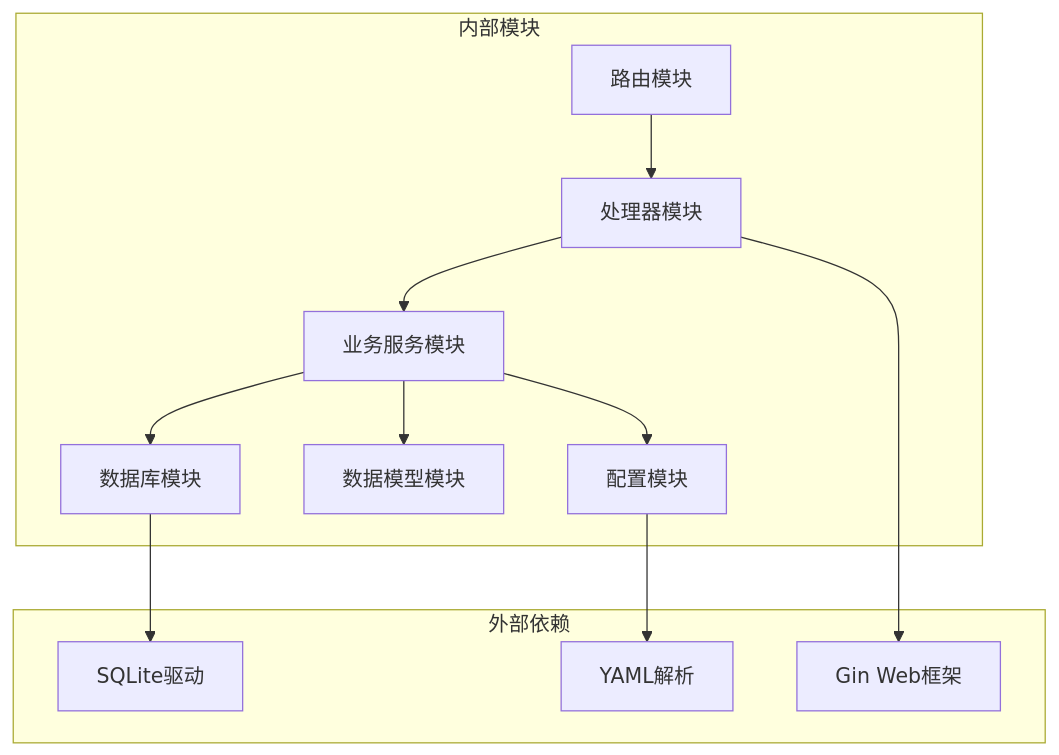
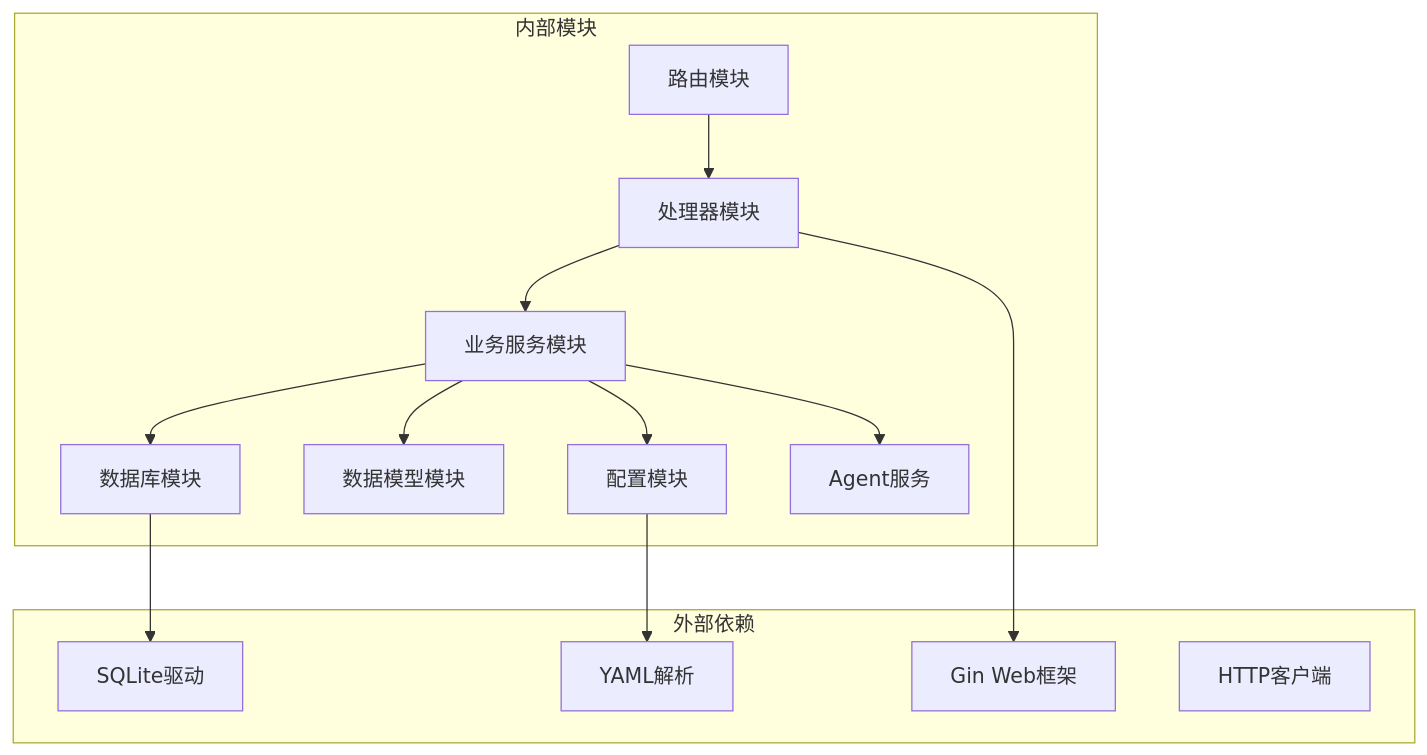
The tenth of 10 diagrams in .qoder/repowiki/zh/content/核心业务模块/Slave节点管理系统/Slave节点生命周期管理.md (Liyuhao02/Jmeter-Admin), drawn with Mermaid before and after one commit. The commit also changed other lines of this file and 34 other files, not shown here.

````diff
--- a/.qoder/repowiki/zh/content/核心业务模块/Slave节点管理系统/Slave节点生命周期管理.md
+++ b/.qoder/repowiki/zh/content/核心业务模块/Slave节点管理系统/Slave节点生命周期管理.md
@@ -355,24 +435,27 @@
 ```mermaid
 graph TB
 subgraph "外部依赖"
 Gin[Gin Web框架]
 SQLite[SQLite驱动]
 YAML[YAML解析]
+HTTP[HTTP客户端]
 end
 subgraph "内部模块"
 Router[路由模块]
 Handler[处理器模块]
 Service[业务服务模块]
 Model[数据模型模块]
 DB[数据库模块]
 Config[配置模块]
+Agent[Agent服务]
 end
 Router --> Handler
 Handler --> Service
 Service --> DB
 Service --> Model
 Service --> Config
+Service --> Agent
 DB --> SQLite
 Config --> YAML
 Handler --> Gin
 ```
````
